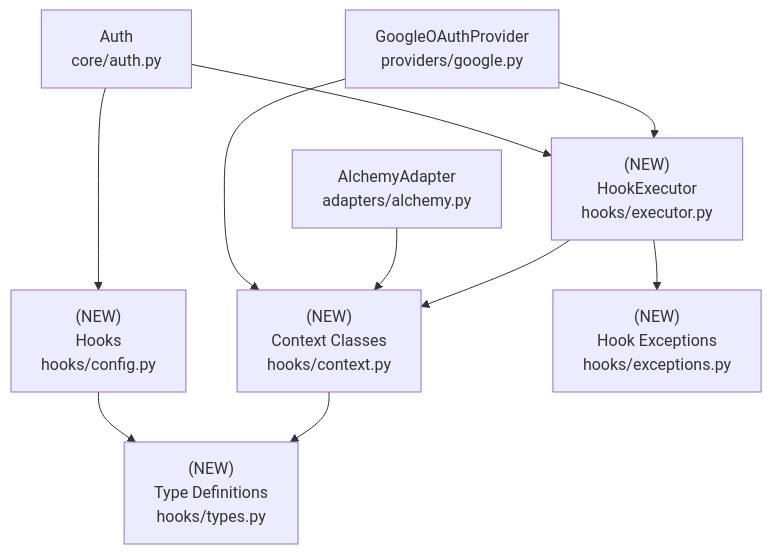
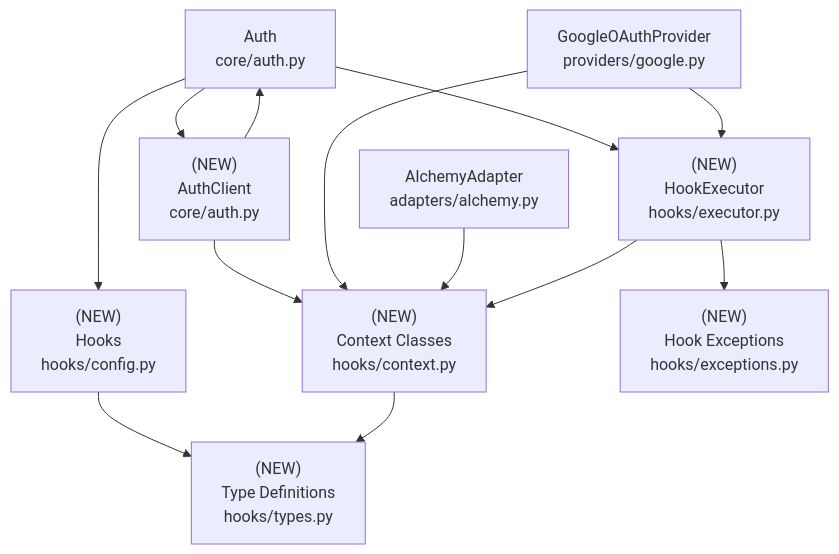
Before and after one commit to mplemay/belgie: the fifth of 5 diagrams in design/003-hooks-system.md, drawn with Mermaid. The commit also changed other lines of this file and 5 other files, not shown here.

````diff
--- a/design/003-hooks-system.md
+++ b/design/003-hooks-system.md
@@ -256,21 +282,25 @@
 ```mermaid
 graph TD
     Auth["Auth<br/>core/auth.py"]
+    AuthClient["(NEW)<br/>AuthClient<br/>core/auth.py"]
     Hooks["(NEW)<br/>Hooks<br/>hooks/config.py"]
     Contexts["(NEW)<br/>Context Classes<br/>hooks/context.py"]
     Executor["(NEW)<br/>HookExecutor<br/>hooks/executor.py"]
     Types["(NEW)<br/>Type Definitions<br/>hooks/types.py"]
     Exceptions["(NEW)<br/>Hook Exceptions<br/>hooks/exceptions.py"]
     GoogleProvider["GoogleOAuthProvider<br/>providers/google.py"]
     AlchemyAdapter["AlchemyAdapter<br/>adapters/alchemy.py"]
 
     Auth --> Hooks
     Auth --> Executor
+    Auth --> AuthClient
+    AuthClient --> Auth
+    AuthClient --> Contexts
     GoogleProvider --> Executor
     GoogleProvider --> Contexts
     AlchemyAdapter --> Contexts
     Executor --> Contexts
     Executor --> Exceptions
     Hooks --> Types
     Contexts --> Types
 ```
````
